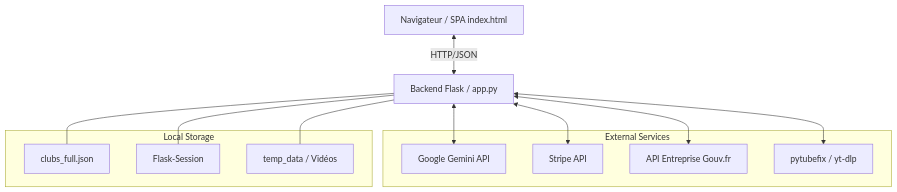
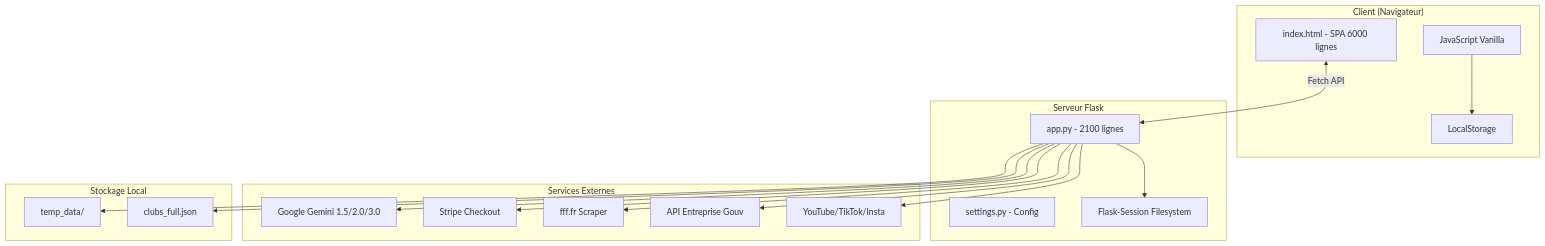
One commit to Yanni-Delattre-Balcer/KduFoot changed the first of 3 diagrams in ANALYSE_TECHNIQUE.md. Above: the diagram before and after it, drawn with Mermaid. The commit also changed other lines of this file, not shown here.

````diff
--- a/ANALYSE_TECHNIQUE.md
+++ b/ANALYSE_TECHNIQUE.md
@@ -16,27 +70,38 @@
 ```mermaid
 graph TD
-    Client[Navigateur / SPA index.html]
-    Server[Backend Flask / app.py]
-    
-    subgraph "External Services"
-        Gemini[Google Gemini API]
-        Stripe[Stripe API]
-        Gouv[API Entreprise Gouv.fr]
-        Video[pytubefix / yt-dlp]
+    subgraph "Client (Navigateur)"
+        UI[index.html - SPA 6000 lignes]
+        JS[JavaScript Vanilla]
+        LS[LocalStorage]
     end
     
-    subgraph "Local Storage"
+    subgraph "Serveur Flask"
+        App[app.py - 2100 lignes]
+        Settings[settings.py - Config]
+        Sessions[Flask-Session Filesystem]
+    end
+    
+    subgraph "Services Externes"
+        Gemini[Google Gemini 1.5/2.0/3.0]
+        Stripe[Stripe Checkout]
+        FFF[fff.fr Scraper]
+        Gouv[API Entreprise Gouv]
+        YT[YouTube/TikTok/Insta]
+    end
+    
+    subgraph "Stockage Local"
+        Temp[temp_data/]
         JSON[clubs_full.json]
-        Sessions[Flask-Session]
-        Temp[temp_data / Vidéos]
     end
 
-    Client <-->|HTTP/JSON| Server
-    Server <--> Gemini
-    Server <--> Stripe
-    Server <--> Gouv
-    Server <--> Video
-    Server --- JSON
-    Server --- Sessions
-    Server --- Temp
+    UI <-->|Fetch API| App
+    JS --> LS
+    App --> Gemini
+    App --> Stripe
+    App --> FFF
+    App --> Gouv
+    App --> YT
+    App --> Temp
+    App --> JSON
+    App --> Sessions
 ```
````
